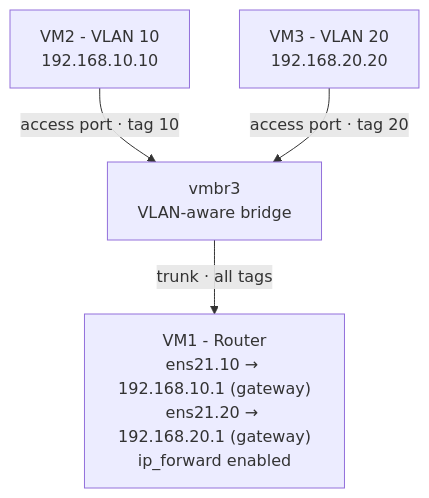
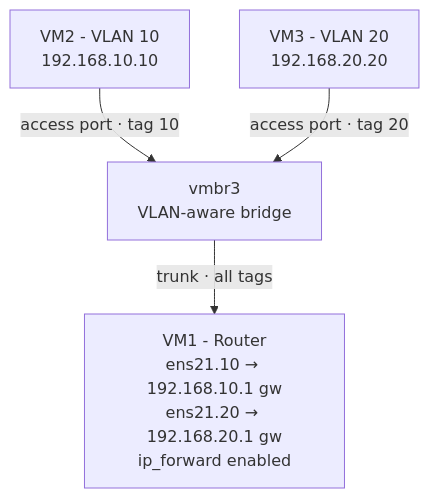
Before and after one commit to AnthonyQ04/proxmox-network-lab: the diagram in README.md, drawn with Mermaid.

Commit message:
Update VM1 description in README.md

````diff
--- a/README.md
+++ b/README.md
@@ -22,11 +22,11 @@
 ```mermaid
 graph TD
     VM2["VM2 - VLAN 10<br/>192.168.10.10"]
     VM3["VM3 - VLAN 20<br/>192.168.20.20"]
     BR["vmbr3<br/>VLAN-aware bridge"]
-    VM1["VM1 - Router<br/>ens21.10 → 192.168.10.1 (gateway)<br/>ens21.20 → 192.168.20.1 (gateway)<br/>ip_forward enabled"]
+    VM1["VM1 - Router<br/>ens21.10 → 192.168.10.1 gw<br/>ens21.20 → 192.168.20.1 gw<br/>ip_forward enabled"]
 
     VM2 -->|"access port · tag 10"| BR
     VM3 -->|"access port · tag 20"| BR
     BR -->|"trunk · all tags"| VM1
 ```
````
